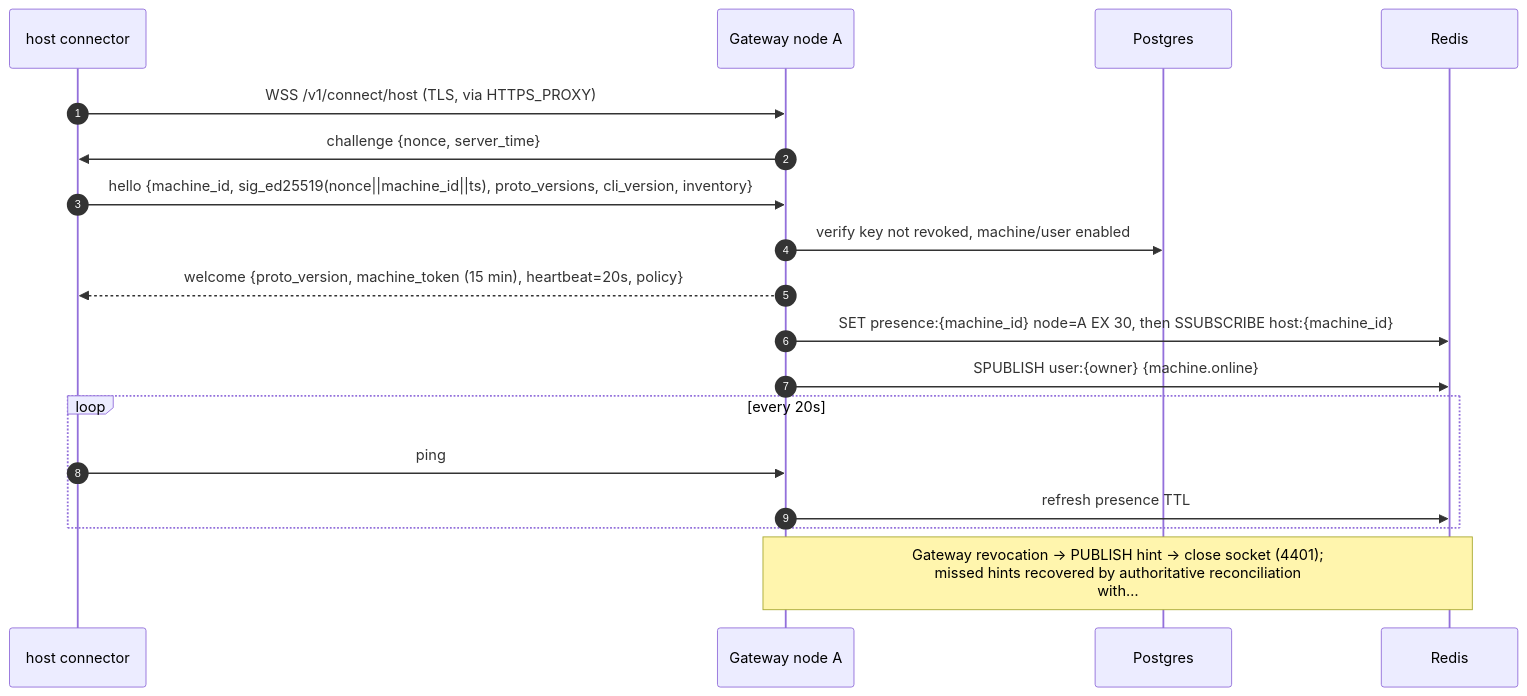
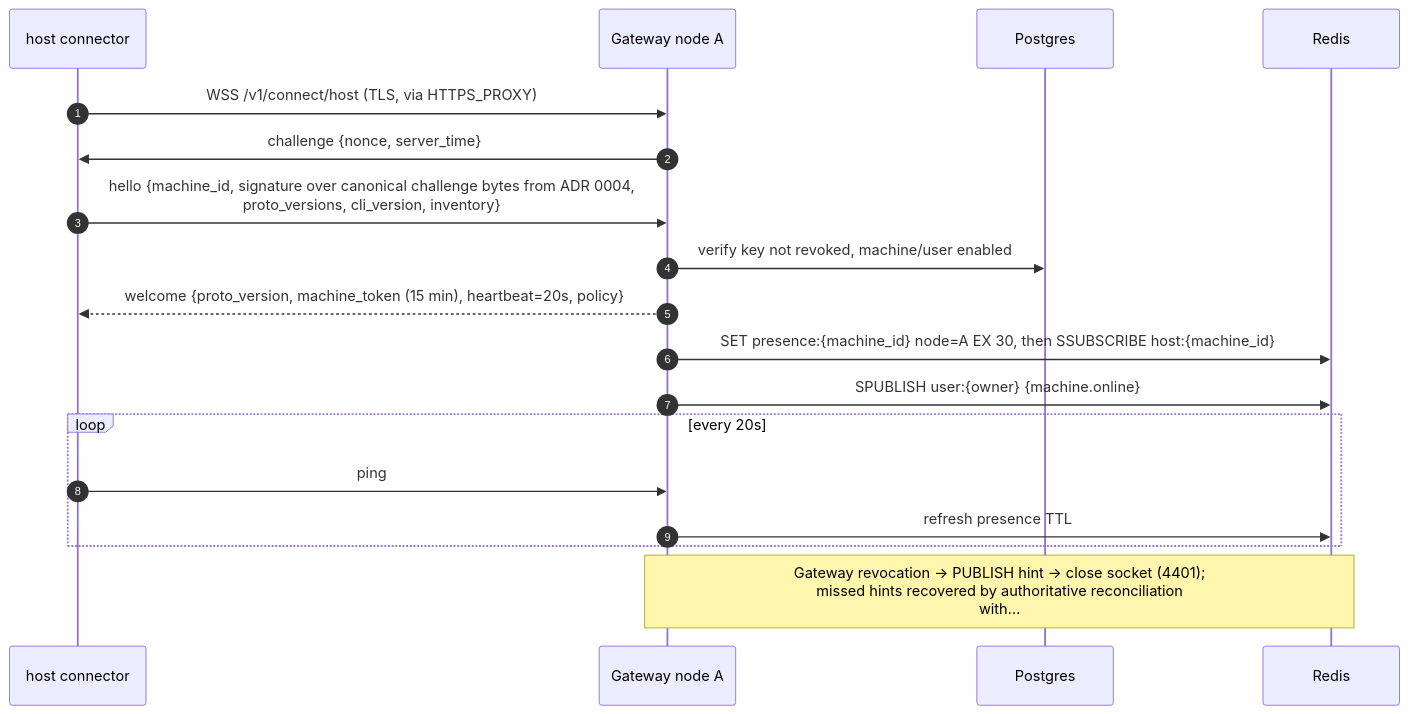
One commit to aditya140/remote-session changed the tenth of 16 diagrams in architecture.md. Above: the diagram before and after it, drawn with Mermaid. The commit also changed other lines of this file and 564 other files, not shown here.

````diff
--- a/architecture.md
+++ b/architecture.md
@@ -654,21 +658,21 @@
 ```mermaid
 sequenceDiagram
     autonumber
     participant H as host connector
     participant G as Gateway node A
     participant PG as Postgres
     participant N as Redis
 
     H->>G: WSS /v1/connect/host (TLS, via HTTPS_PROXY)
     G->>H: challenge {nonce, server_time}
-    H->>G: hello {machine_id, sig_ed25519(nonce||machine_id||ts), proto_versions, cli_version, inventory}
+    H->>G: hello {machine_id, signature over canonical challenge bytes from ADR 0004,<br/>proto_versions, cli_version, inventory}
     G->>PG: verify key not revoked, machine/user enabled
     G-->>H: welcome {proto_version, machine_token (15 min), heartbeat=20s, policy}
     G->>N: SET presence:{machine_id} node=A EX 30, then SSUBSCRIBE host:{machine_id}
     G->>N: SPUBLISH user:{owner} {machine.online}
     loop every 20s
         H->>G: ping
         G->>N: refresh presence TTL
     end
     Note over G,N: Gateway revocation → PUBLISH hint → close socket (4401)#59;<br/>missed hints recovered by authoritative reconciliation<br/>with…
 ```
````
